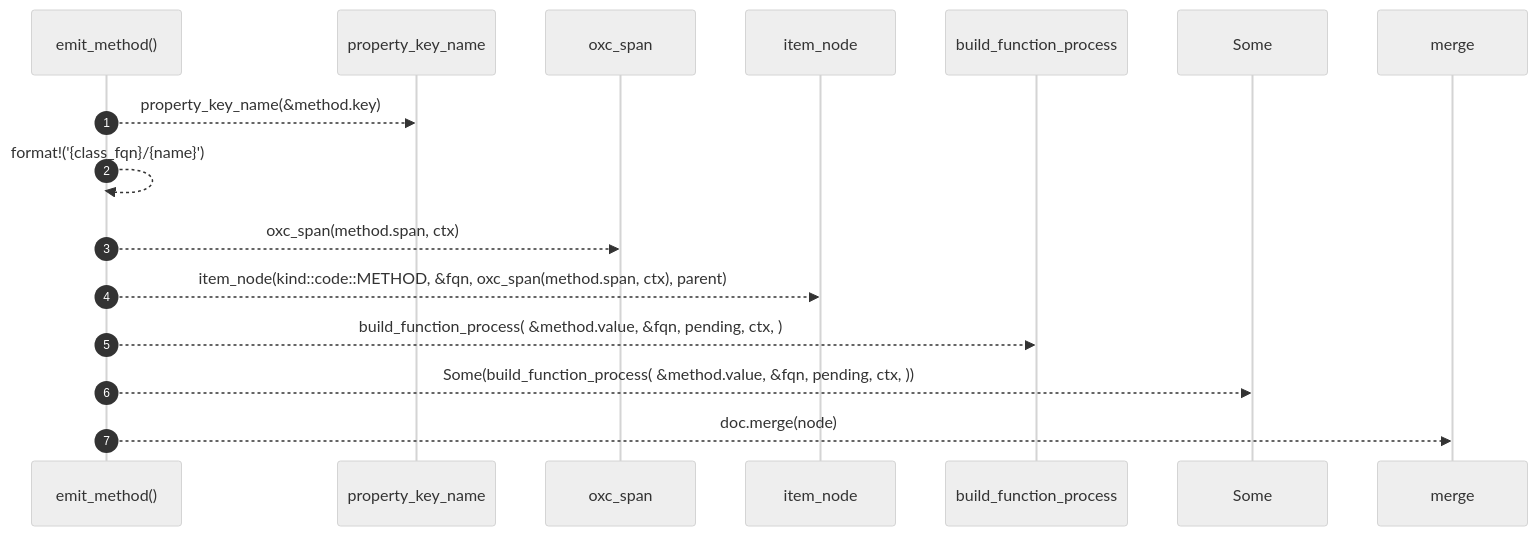
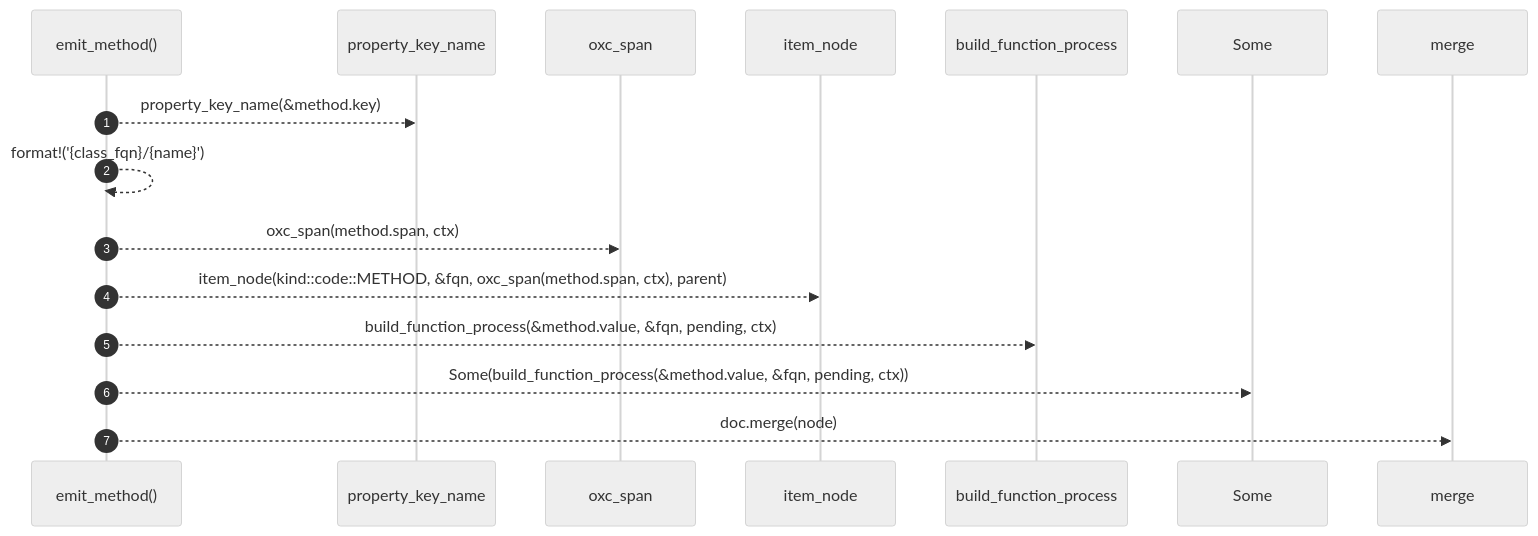
One commit to RyanGuild/self-describing-code changed the diagram in docs/self-model/robby_extract/typescript/emit-method.md. Above: the diagram before and after it, drawn with Mermaid (neutral theme). The commit also changed other lines of this file and 747 other files, not shown here.

````diff
--- a/docs/self-model/robby_extract/typescript/emit-method.md
+++ b/docs/self-model/robby_extract/typescript/emit-method.md
@@ -36,18 +31,18 @@
 ```mermaid
 sequenceDiagram
     autonumber
     participant emit_method as emit_method()
     participant property_key_name as property_key_name
     participant oxc_span as oxc_span
     participant item_node as item_node
     participant build_function_process as build_function_process
     participant Some as Some
     participant merge as merge
     emit_method-->>property_key_name: property_key_name(&method.key)
     emit_method-->>emit_method: format!('{class_fqn}/{name}')
     emit_method-->>oxc_span: oxc_span(method.span, ctx)
     emit_method-->>item_node: item_node(kind::code::METHOD, &fqn, oxc_span(method.span, ctx), parent)
-    emit_method-->>build_function_process: build_function_process( &method.value, &fqn, pending, ctx, )
-    emit_method-->>Some: Some(build_function_process( &method.value, &fqn, pending, ctx, ))
+    emit_method-->>build_function_process: build_function_process(&method.value, &fqn, pending, ctx)
+    emit_method-->>Some: Some(build_function_process(&method.value, &fqn, pending, ctx))
     emit_method-->>merge: doc.merge(node)
 ```
````
